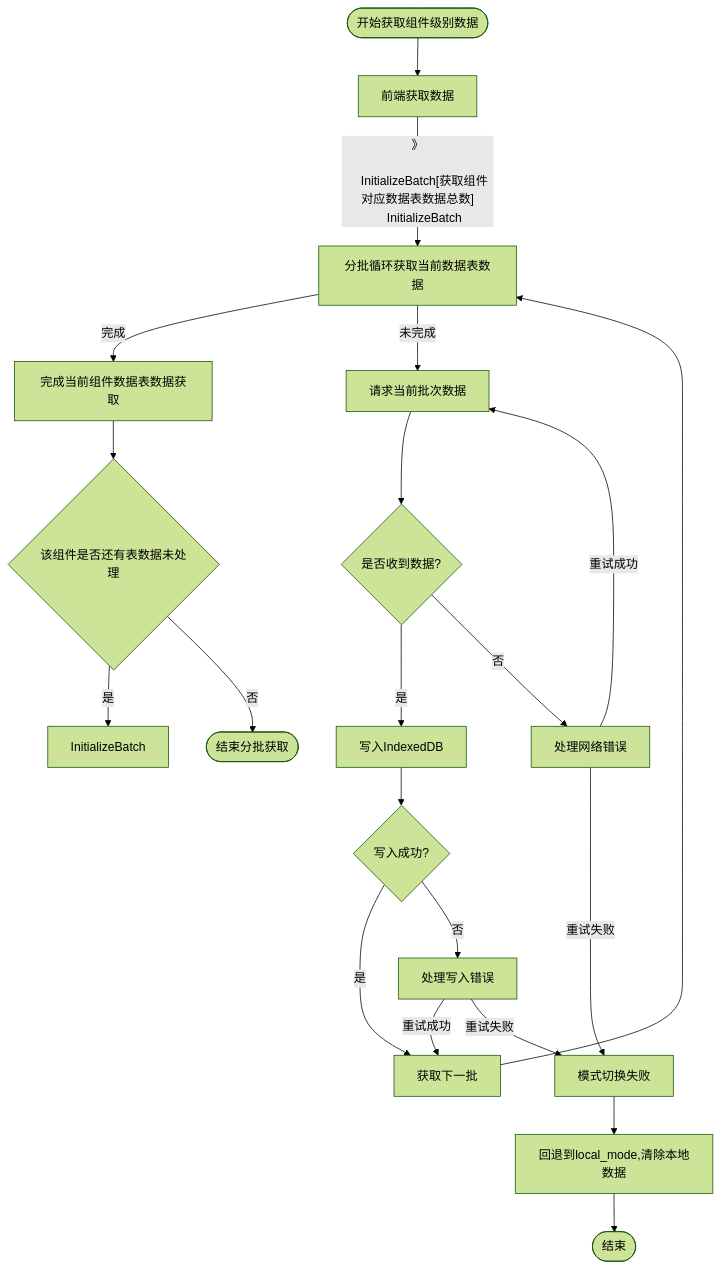
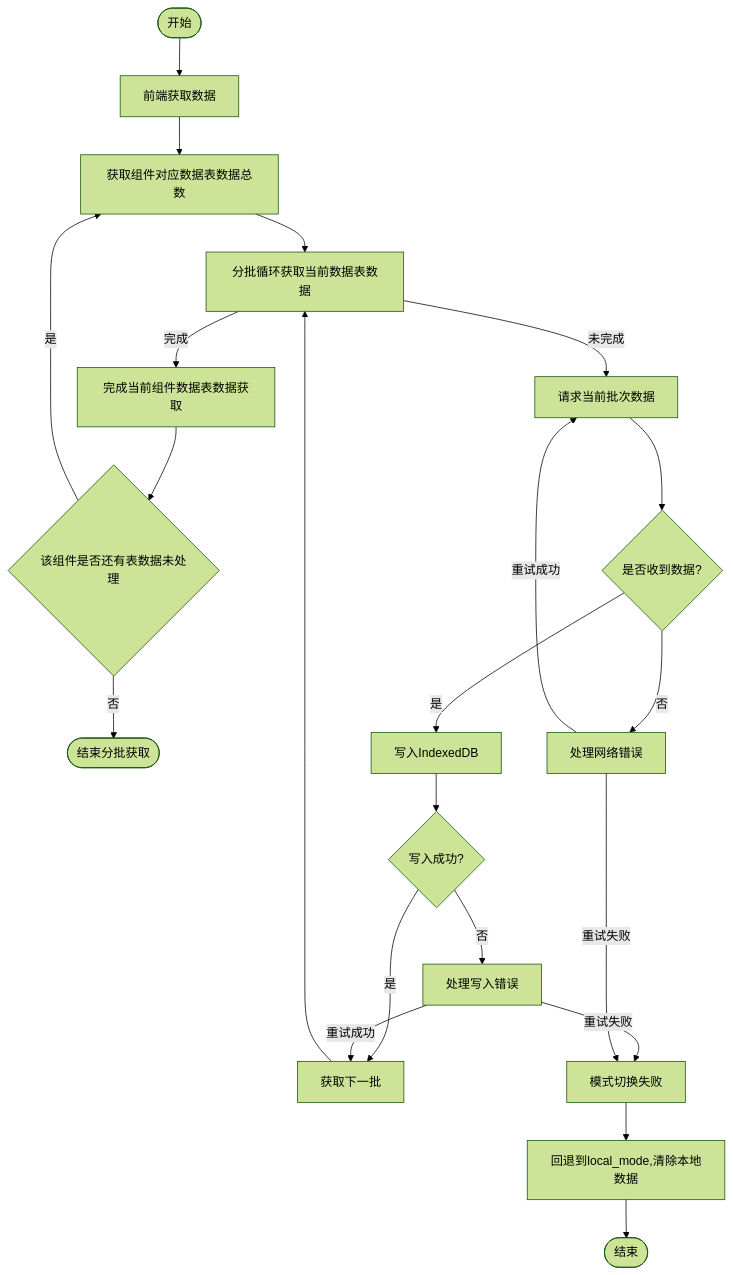
Before and after one commit to yingjianzh/iodraw-files: the diagram in all/未命名-59.md, drawn with Mermaid (forest theme).

Commit message:
2025-05-14 15:10:28 update

````diff
--- a/all/未命名-59.md
+++ b/all/未命名-59.md
@@ -1,40 +1,40 @@
 ```mermaid
 
 
 flowchart TD
-    StartBatch([开始获取组件级别数据]) --> FrontSaveTimestamp[前端获取数据]
+    StartBatch([开始]) --> FrontSaveTimestamp[前端获取数据]
     
-    FrontSaveTimestamp --》
+    FrontSaveTimestamp --> 
     
     InitializeBatch[获取组件对应数据表数据总数]
     InitializeBatch --> CheckBatchSize[分批循环获取当前数据表数据]
     
     CheckBatchSize -->|完成| BatchComplete[完成当前组件数据表数据获取]
 
 
     BatchComplete --> HasNext{该组件是否还有表数据未处理}
 
     HasNext --> |是| InitializeBatch
     HasNext --> |否| EndBatch([结束分批获取])
 
     
     CheckBatchSize -->|未完成| RequestBatch[请求当前批次数据]
     RequestBatch --> ReceiveBatch{是否收到数据?}
     
     ReceiveBatch -->|是| WriteToDB[写入IndexedDB]
     
     WriteToDB --> BatchSuccess{写入成功?}
     BatchSuccess -->|是| NextBatch[获取下一批]
     BatchSuccess -->|否| HandleError[处理写入错误]
     HandleError -->|重试成功| NextBatch
     HandleError -->|重试失败| ModeFailed[模式切换失败]
     ModeFailed --> Abort[回退到local_mode,清除本地数据]
     Abort --> End([结束])
     
     ReceiveBatch -->|否| HandleNetworkError[处理网络错误]
     HandleNetworkError -->|重试成功| RequestBatch
     HandleNetworkError -->|重试失败| ModeFailed
     
     NextBatch --> CheckBatchSize
 
 ```
````
